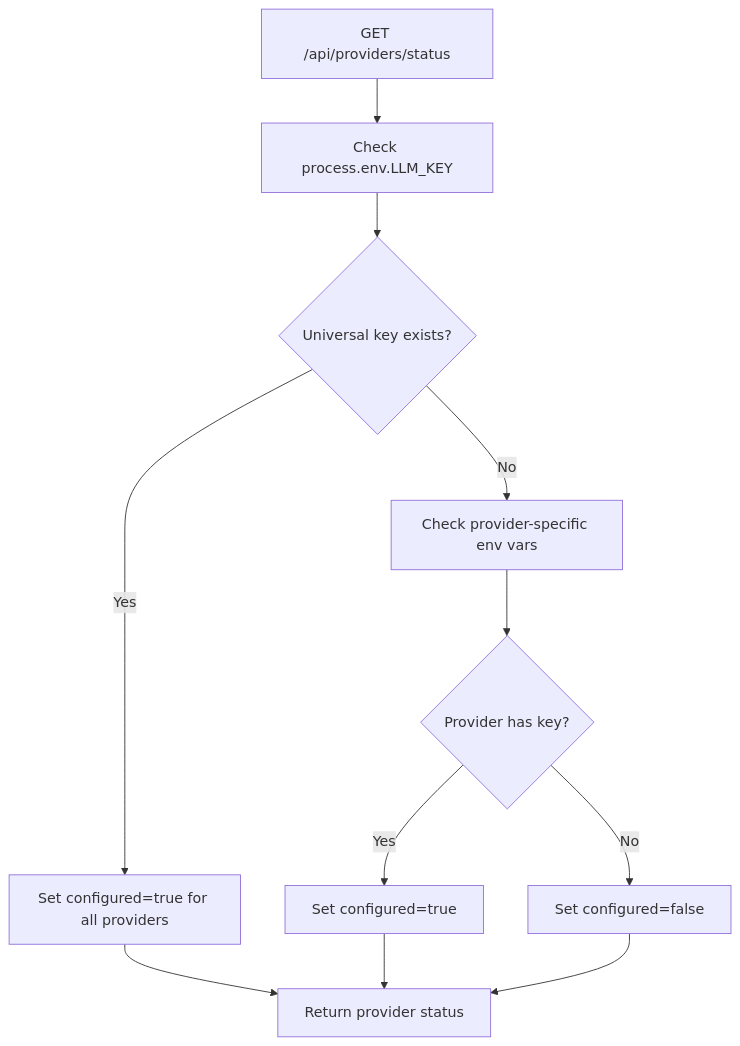
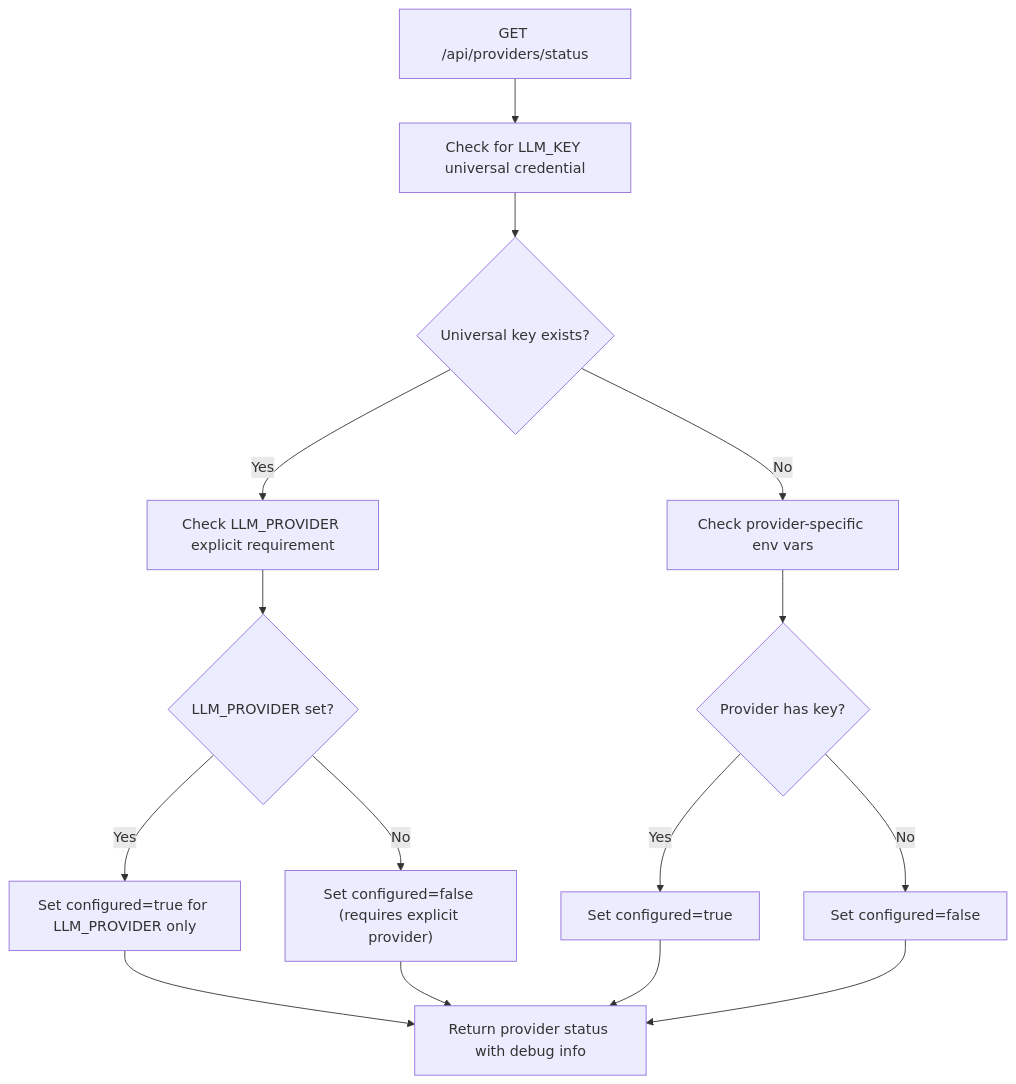
One commit to shekhargiri005-dotcom/AI-powered-accessibility-first-UI-engine changed the fourth of 11 diagrams in .qoder/repowiki/en/content/AI Generation Engine/AI Provider Adapters/Configuration & Authentication Management.md. Above: the diagram before and after it, drawn with Mermaid. The commit also changed other lines of this file and 20 other files, not shown here.

Commit message:
Remove Vision check/Final Round - unused, saves API costs and pipeline time

````diff
--- a/.qoder/repowiki/en/content/AI Generation Engine/AI Provider Adapters/Configuration & Authentication Management.md
+++ b/.qoder/repowiki/en/content/AI Generation Engine/AI Provider Adapters/Configuration & Authentication Management.md
@@ -172,13 +186,17 @@
 ```mermaid
 flowchart TD
-A["GET /api/providers/status"] --> B["Check process.env.LLM_KEY"]
+A["GET /api/providers/status"] --> B["Check for LLM_KEY universal credential"]
 B --> C{"Universal key exists?"}
-C --> |Yes| D["Set configured=true for all providers"]
+C --> |Yes| D["Check LLM_PROVIDER explicit requirement"]
 C --> |No| E["Check provider-specific env vars"]
-E --> F{"Provider has key?"}
-F --> |Yes| G["Set configured=true"]
-F --> |No| H["Set configured=false"]
-D --> I["Return provider status"]
-G --> I
-H --> I
+D --> F{"LLM_PROVIDER set?"}
+F --> |Yes| G["Set configured=true for LLM_PROVIDER only"]
+F --> |No| H["Set configured=false (requires explicit provider)"]
+E --> I{"Provider has key?"}
+I --> |Yes| J["Set configured=true"]
+I --> |No| K["Set configured=false"]
+G --> L["Return provider status with debug info"]
+J --> L
+K --> L
+H --> L
 ```
````
